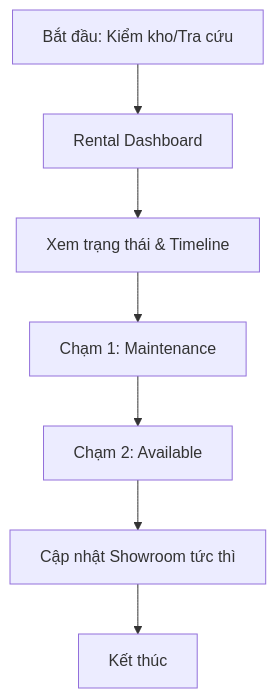
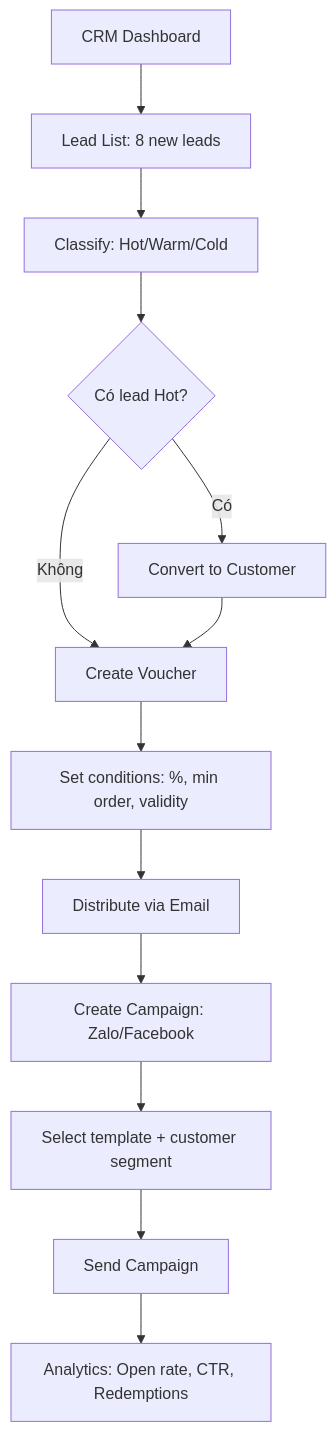
One commit to HaiLammm/datn-tailor-web changed the fifth of 5 diagrams in _bmad-output/planning-artifacts/ux-design-specification.md. Above: the diagram before and after it, drawn with Mermaid. The commit also changed other lines of this file and 29 other files, not shown here.

````diff
--- a/_bmad-output/planning-artifacts/ux-design-specification.md
+++ b/_bmad-output/planning-artifacts/ux-design-specification.md
@@ -178,9 +564,15 @@
 ```mermaid
 graph TD
-    A[Bắt đầu: Kiểm kho/Tra cứu] --> B[Rental Dashboard]
-    B --> C[Xem trạng thái & Timeline]
-    C --> D[Chạm 1: Maintenance]
-    D --> E[Chạm 2: Available]
-    E --> F[Cập nhật Showroom tức thì]
-    F --> G[Kết thúc]
+    A[CRM Dashboard] --> B["Lead List: 8 new leads"]
+    B --> C["Classify: Hot/Warm/Cold"]
+    C --> D{Có lead Hot?}
+    D -- Có --> E[Convert to Customer]
+    D -- Không --> F[Create Voucher]
+    E --> F
+    F --> G["Set conditions: %, min order, validity"]
+    G --> H[Distribute via Email]
+    H --> I["Create Campaign: Zalo/Facebook"]
+    I --> J[Select template + customer segment]
+    J --> K[Send Campaign]
+    K --> L["Analytics: Open rate, CTR, Redemptions"]
 ```
````
